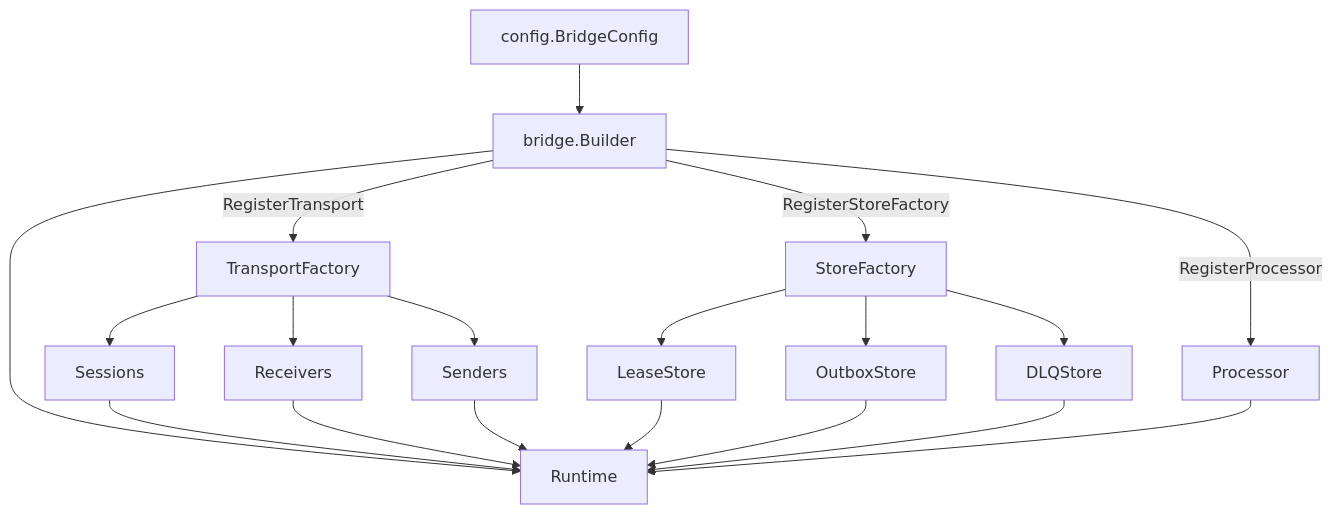
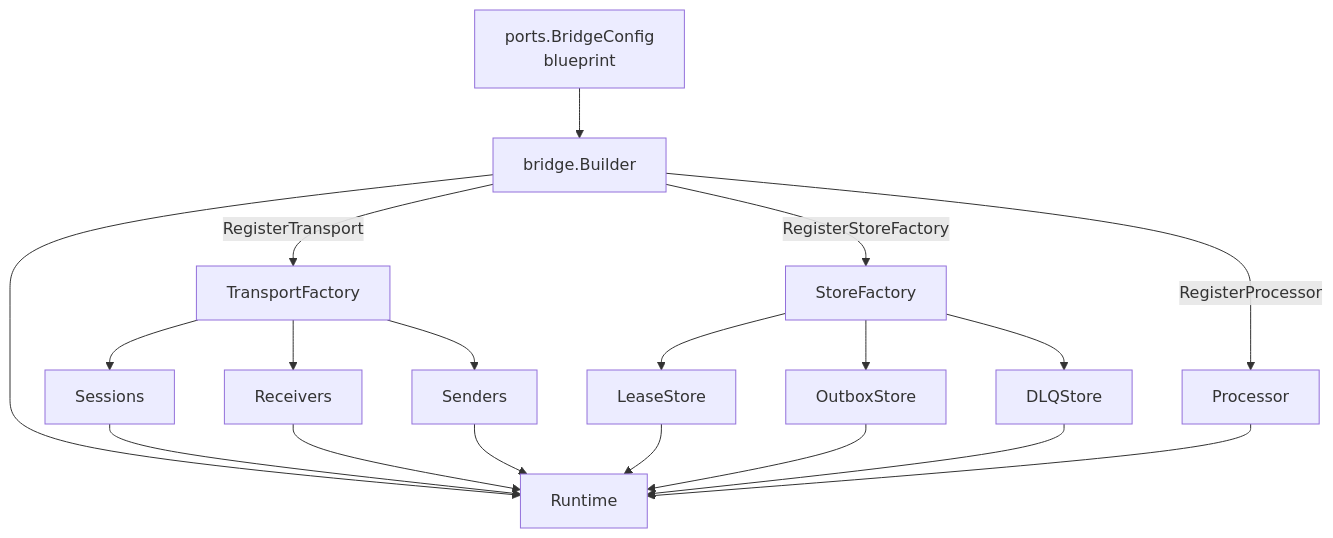
Before and after one commit to mariotoffia/gobridge: the seventh of 11 diagrams in ARCHITECTURE.md, drawn with Mermaid. The commit also changed other lines of this file and 10 other files, not shown here.

````diff
--- a/ARCHITECTURE.md
+++ b/ARCHITECTURE.md
@@ -720,23 +781,23 @@
 ```mermaid
 flowchart TD
-    CFG[config.BridgeConfig] --> B[bridge.Builder]
+    CFG[ports.BridgeConfig<br/>blueprint] --> B[bridge.Builder]
     B -->|RegisterTransport| TF[TransportFactory]
     B -->|RegisterStoreFactory| SF[StoreFactory]
     B -->|RegisterProcessor| PROC[Processor]
 
     TF --> SESS[Sessions]
     TF --> RECV[Receivers]
     TF --> SEND[Senders]
     SF --> LS[LeaseStore]
     SF --> OBX[OutboxStore]
     SF --> DLQ[DLQStore]
 
     B --> RT[Runtime]
     SESS --> RT
     RECV --> RT
     SEND --> RT
     LS --> RT
     OBX --> RT
     DLQ --> RT
     PROC --> RT
 ```
````
